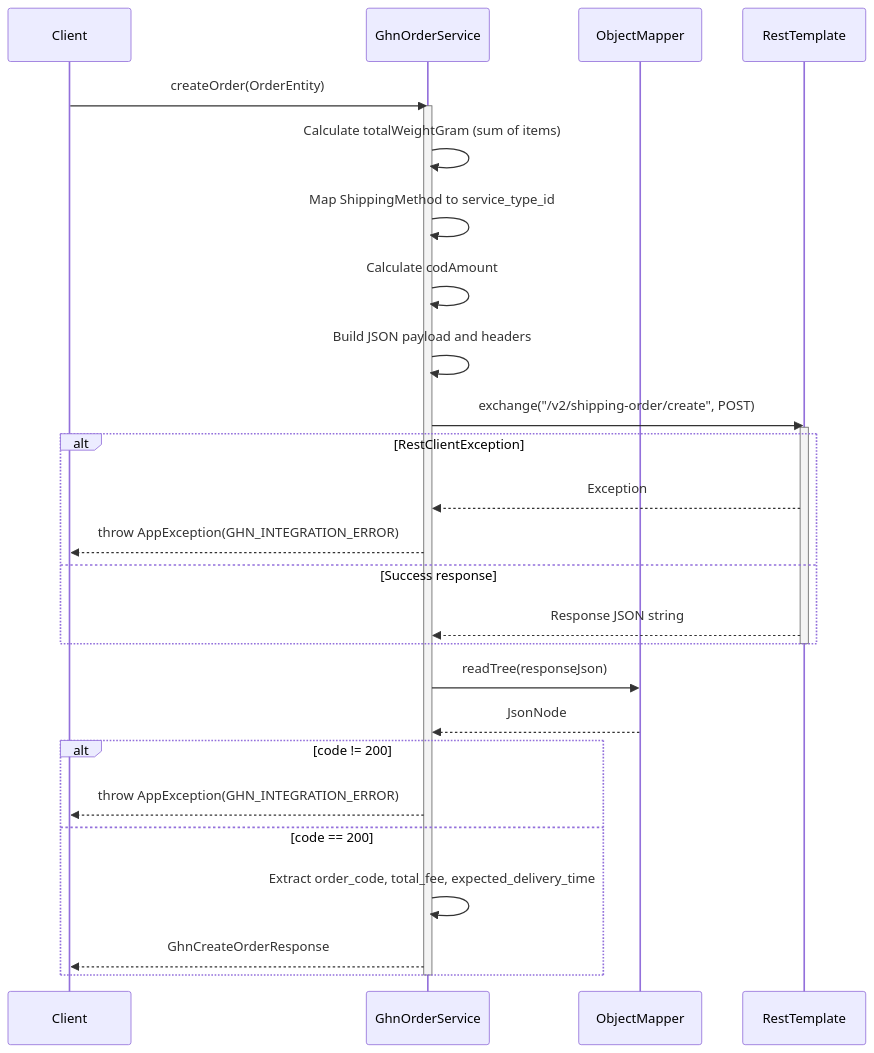
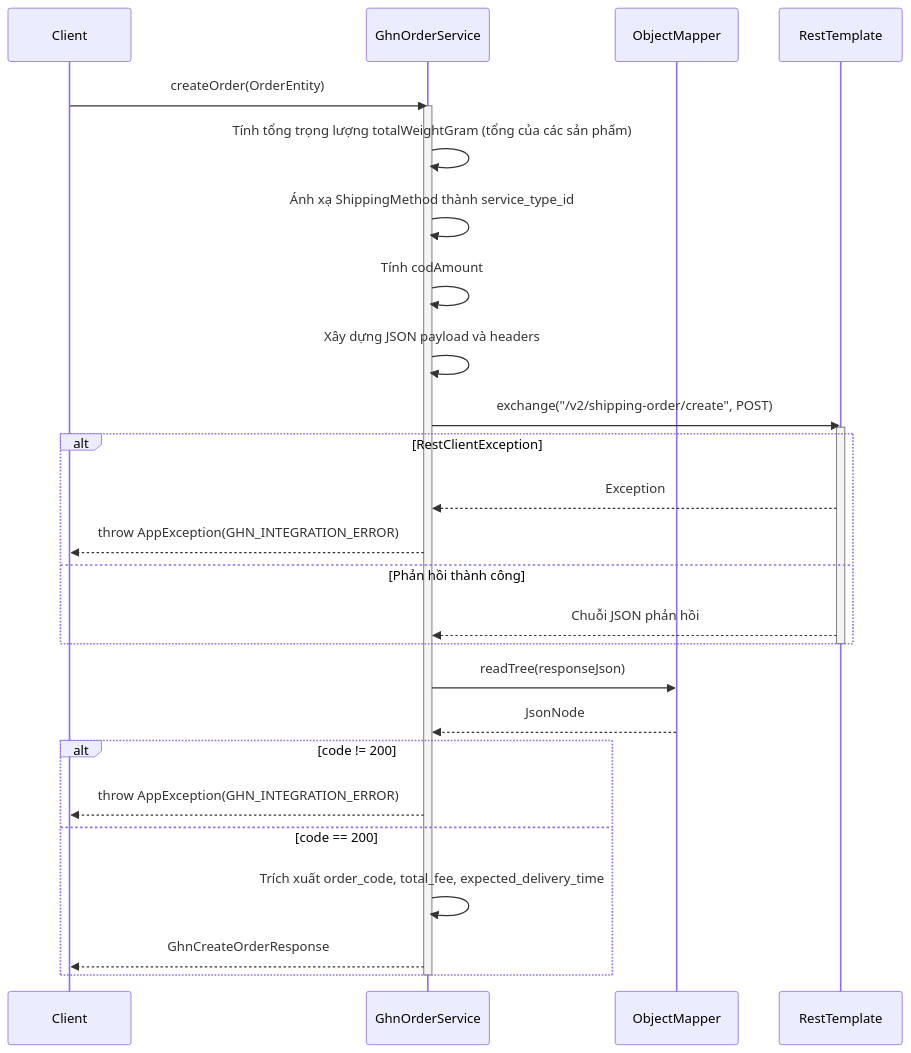
The first of 4 diagrams in .agent/sequence/ghn_services_sequence_diagrams.md (aquoc09/easymall), drawn with Mermaid before and after one commit. The commit also changed other lines of this file and 18 other files, not shown here.

Commit message:
UPDATE: Sequence diagram vietnamese

````diff
--- a/.agent/sequence/ghn_services_sequence_diagrams.md
+++ b/.agent/sequence/ghn_services_sequence_diagrams.md
@@ -9,36 +9,36 @@
 ```mermaid
 sequenceDiagram
     participant Client
     participant GhnOrderService
     participant ObjectMapper
     participant RestTemplate
 
     Client->>GhnOrderService: createOrder(OrderEntity)
     activate GhnOrderService
 
-    GhnOrderService->>GhnOrderService: Calculate totalWeightGram (sum of items)
-    GhnOrderService->>GhnOrderService: Map ShippingMethod to service_type_id
-    GhnOrderService->>GhnOrderService: Calculate codAmount
-    GhnOrderService->>GhnOrderService: Build JSON payload and headers
+    GhnOrderService->>GhnOrderService: Tính tổng trọng lượng totalWeightGram (tổng của các sản phẩm)
+    GhnOrderService->>GhnOrderService: Ánh xạ ShippingMethod thành service_type_id
+    GhnOrderService->>GhnOrderService: Tính codAmount
+    GhnOrderService->>GhnOrderService: Xây dựng JSON payload và headers
 
     GhnOrderService->>RestTemplate: exchange("/v2/shipping-order/create", POST)
     activate RestTemplate
     alt RestClientException
         RestTemplate-->>GhnOrderService: Exception
         GhnOrderService-->>Client: throw AppException(GHN_INTEGRATION_ERROR)
-    else Success response
-        RestTemplate-->>GhnOrderService: Response JSON string
+    else Phản hồi thành công
+        RestTemplate-->>GhnOrderService: Chuỗi JSON phản hồi
     end
     deactivate RestTemplate
 
     GhnOrderService->>ObjectMapper: readTree(responseJson)
     ObjectMapper-->>GhnOrderService: JsonNode
 
     alt code != 200
         GhnOrderService-->>Client: throw AppException(GHN_INTEGRATION_ERROR)
     else code == 200
-        GhnOrderService->>GhnOrderService: Extract order_code, total_fee, expected_delivery_time
+        GhnOrderService->>GhnOrderService: Trích xuất order_code, total_fee, expected_delivery_time
         GhnOrderService-->>Client: GhnCreateOrderResponse
     end
     deactivate GhnOrderService
 ```
````
